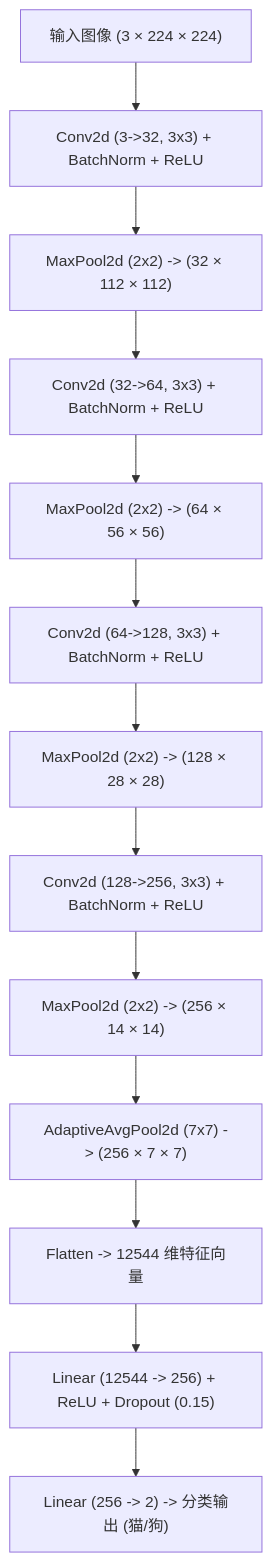
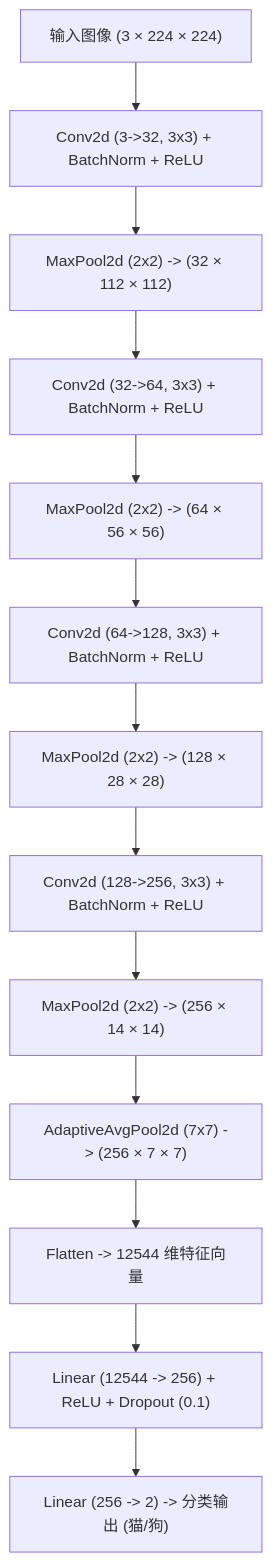
Before and after one commit to SteveJooooobs/Cat-vs-Dog-CNN-Classifier: the diagram in guide.md, drawn with Mermaid. The commit also changed other lines of this file and 2 other files, not shown here.

````diff
--- a/guide.md
+++ b/guide.md
@@ -79,15 +81,15 @@
 ```mermaid
 graph TD
     Input["输入图像 (3 × 224 × 224)"] --> Conv1["Conv2d (3->32, 3x3) + BatchNorm + ReLU"]
     Conv1 --> Pool1["MaxPool2d (2x2) -> (32 × 112 × 112)"]
     Pool1 --> Conv2["Conv2d (32->64, 3x3) + BatchNorm + ReLU"]
     Conv2 --> Pool2["MaxPool2d (2x2) -> (64 × 56 × 56)"]
     Pool2 --> Conv3["Conv2d (64->128, 3x3) + BatchNorm + ReLU"]
     Conv3 --> Pool3["MaxPool2d (2x2) -> (128 × 28 × 28)"]
     Pool3 --> Conv4["Conv2d (128->256, 3x3) + BatchNorm + ReLU"]
     Conv4 --> Pool4["MaxPool2d (2x2) -> (256 × 14 × 14)"]
     Pool4 --> AvgPool["AdaptiveAvgPool2d (7x7) -> (256 × 7 × 7)"]
     AvgPool --> Flatten["Flatten -> 12544 维特征向量"]
-    Flatten --> FC1["Linear (12544 -> 256) + ReLU + Dropout (0.15)"]
+    Flatten --> FC1["Linear (12544 -> 256) + ReLU + Dropout (0.1)"]
     FC1 --> FC2["Linear (256 -> 2) -> 分类输出 (猫/狗)"]
 ```
````
